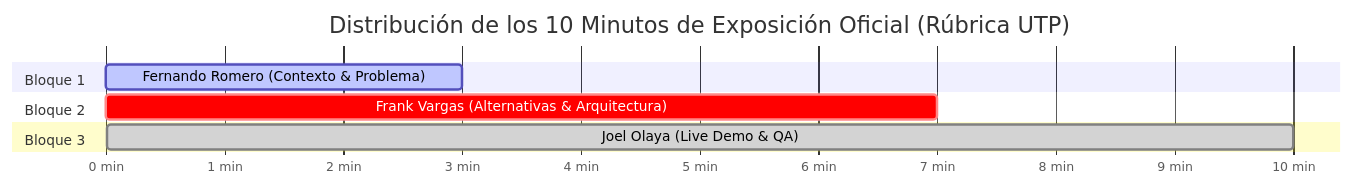
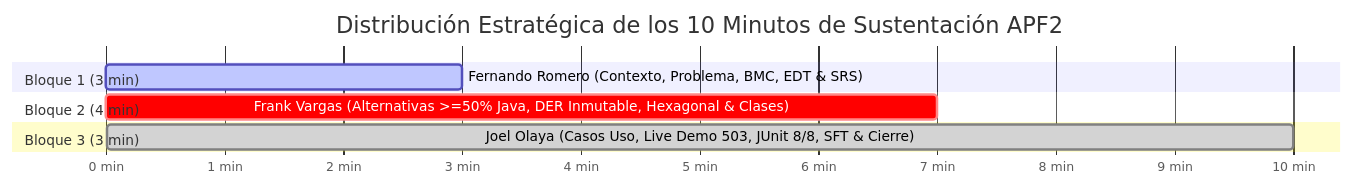
Before and after one commit to frankitoromas-tech/UTP-Curso-Integrador-I-SIGIR-BCRP: the diagram in 01_DOCUMENTACION_TECNICA/GUIA_DE_EXPOSICION_Y_PONENCIA_APF2.md, drawn with Mermaid. The commit also changed other lines of this file, not shown here.

Commit message:
docs(ponencia): guion completo de sustentacion oral APF2 palabra por palabra para los 3 integrantes

````diff
--- a/01_DOCUMENTACION_TECNICA/GUIA_DE_EXPOSICION_Y_PONENCIA_APF2.md
+++ b/01_DOCUMENTACION_TECNICA/GUIA_DE_EXPOSICION_Y_PONENCIA_APF2.md
@@ -21,12 +21,12 @@
 ```mermaid
 gantt
-    title Distribución de los 10 Minutos de Exposición Oficial (Rúbrica UTP)
+    title Distribución Estratégica de los 10 Minutos de Sustentación APF2
     dateFormat  X
     axisFormat %s min
-    section Bloque 1
-    Fernando Romero (Contexto & Problema) :active, 0, 3
-    section Bloque 2
-    Frank Vargas (Alternativas & Arquitectura) :crit, 3, 7
-    section Bloque 3
-    Joel Olaya (Live Demo & QA) :done, 7, 10
+    section Bloque 1 (3 min)
+    Fernando Romero (Contexto, Problema, BMC, EDT & SRS) :active, 0, 3
+    section Bloque 2 (4 min)
+    Frank Vargas (Alternativas >=50% Java, DER Inmutable, Hexagonal & Clases) :crit, 3, 7
+    section Bloque 3 (3 min)
+    Joel Olaya (Casos Uso, Live Demo 503, JUnit 8/8, SFT & Cierre) :done, 7, 10
 ```
````
